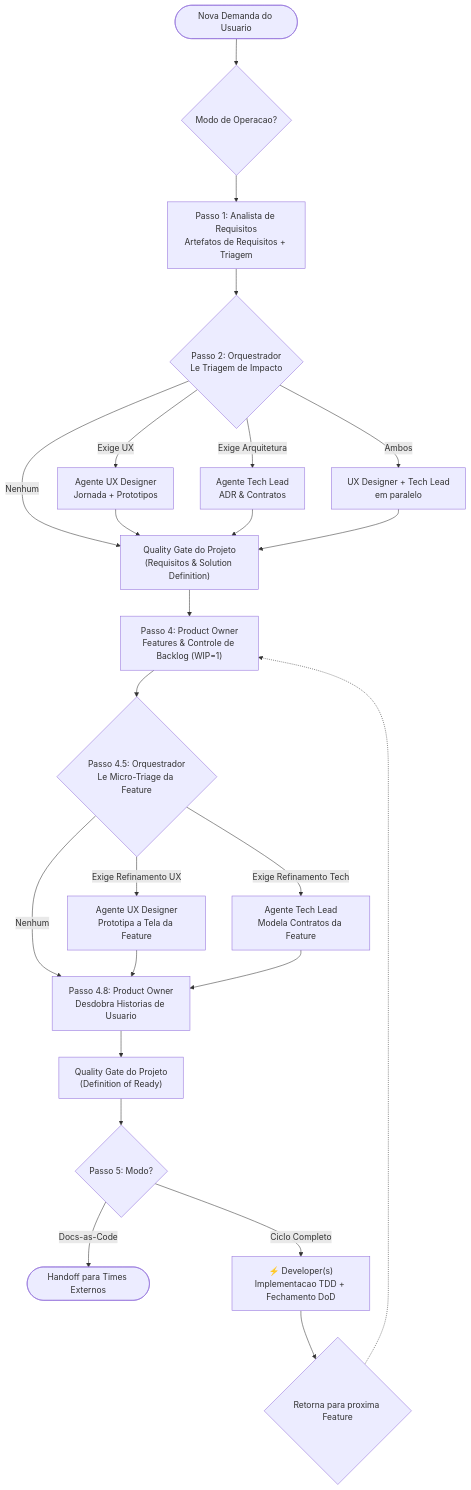
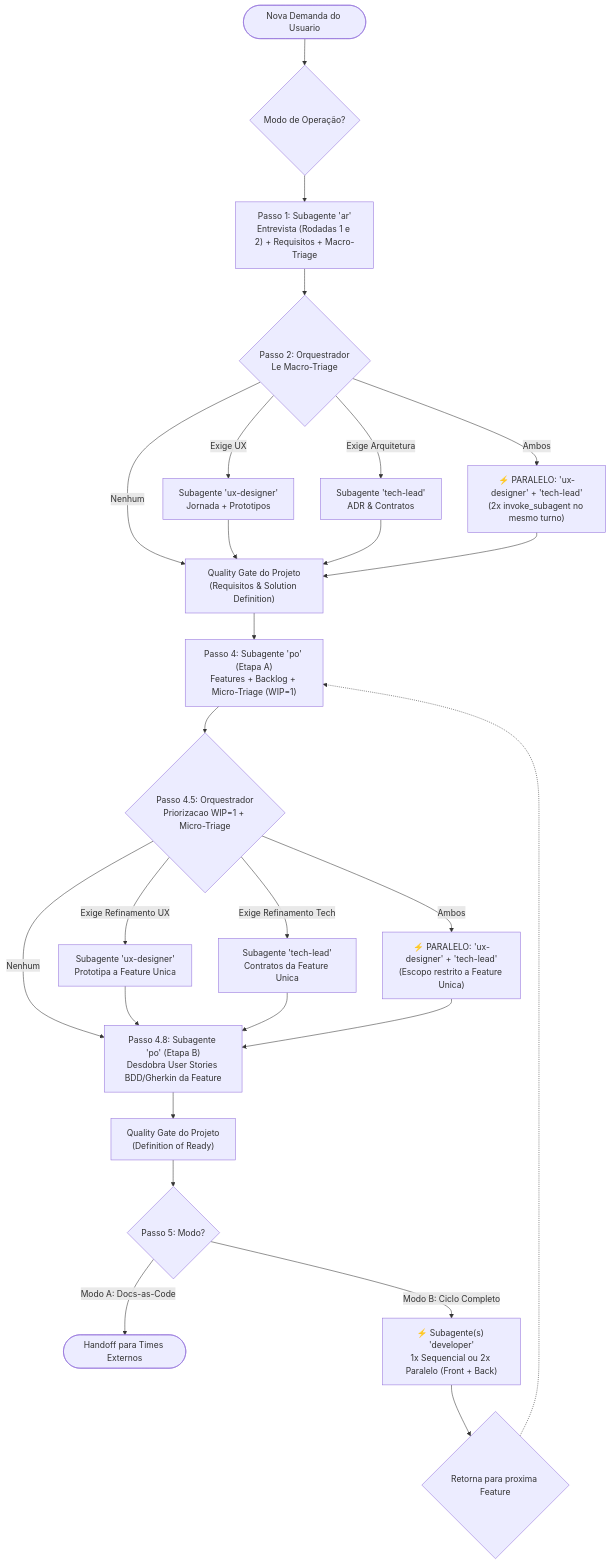
The diagram in skills/dev-team/SKILL.md (renatorlemos-gif/dev-team), drawn with Mermaid before and after one commit. The commit also changed other lines of this file and 9 other files, not shown here.

Commit message:
feat: dev-team 2.0.0 hybrid architecture (skills + custom agents)

````diff
--- a/skills/dev-team/SKILL.md
+++ b/skills/dev-team/SKILL.md
@@ -64,38 +65,40 @@
 ```mermaid
 graph TD
-    Demanda([Nova Demanda do Usuario]) --> MODO{Modo de Operacao?}
+    Demanda([Nova Demanda do Usuario]) --> MODO{Modo de Operação?}
 
-    MODO --> AR["Passo 1: Analista de Requisitos<br/>Artefatos de Requisitos + Triagem"]
+    MODO --> AR["Passo 1: Subagente 'ar'<br/>Entrevista (Rodadas 1 e 2) + Requisitos + Macro-Triage"]
 
-    AR --> Triage{"Passo 2: Orquestrador<br/>Le Triagem de Impacto"}
+    AR --> Triage{"Passo 2: Orquestrador<br/>Le Macro-Triage"}
 
-    Triage -->|"Exige UX"| UX["Agente UX Designer<br/>Jornada + Prototipos"]
-    Triage -->|"Exige Arquitetura"| ARCH["Agente Tech Lead<br/>ADR & Contratos"]
-    Triage -->|"Ambos"| BOTH["UX Designer + Tech Lead<br/>em paralelo"]
+    Triage -->|"Exige UX"| UX["Subagente 'ux-designer'<br/>Jornada + Prototipos"]
+    Triage -->|"Exige Arquitetura"| ARCH["Subagente 'tech-lead'<br/>ADR & Contratos"]
+    Triage -->|"Ambos"| BOTH["⚡ PARALELO: 'ux-designer' + 'tech-lead'<br/>(2x invoke_subagent no mesmo turno)"]
     Triage -->|"Nenhum"| APPROVE["Quality Gate do Projeto<br/>(Requisitos & Solution Definition)"]
 
     UX --> APPROVE
     ARCH --> APPROVE
     BOTH --> APPROVE
 
-    APPROVE --> PO_FEAT["Passo 4: Product Owner<br/>Features & Controle de Backlog (WIP=1)"]
+    APPROVE --> PO_FEAT["Passo 4: Subagente 'po' (Etapa A)<br/>Features + Backlog + Micro-Triage (WIP=1)"]
 
-    PO_FEAT --> MicroTriage{"Passo 4.5: Orquestrador<br/>Le Micro-Triage da Feature"}
-    
-    MicroTriage -->|"Exige Refinamento UX"| UX_Feat["Agente UX Designer<br/>Prototipa a Tela da Feature"]
-    MicroTriage -->|"Exige Refinamento Tech"| ARCH_Feat["Agente Tech Lead<br/>Modela Contratos da Feature"]
-    MicroTriage -->|"Nenhum"| PO_US["Passo 4.8: Product Owner<br/>Desdobra Historias de Usuario"]
-    
+    PO_FEAT --> MicroTriage{"Passo 4.5: Orquestrador<br/>Priorizacao WIP=1 + Micro-Triage"}
+
+    MicroTriage -->|"Exige Refinamento UX"| UX_Feat["Subagente 'ux-designer'<br/>Prototipa a Feature Unica"]
+    MicroTriage -->|"Exige Refinamento Tech"| ARCH_Feat["Subagente 'tech-lead'<br/>Contratos da Feature Unica"]
+    MicroTriage -->|"Ambos"| BOTH_Feat["⚡ PARALELO: 'ux-designer' + 'tech-lead'<br/>(Escopo restrito a Feature Unica)"]
+    MicroTriage -->|"Nenhum"| PO_US["Passo 4.8: Subagente 'po' (Etapa B)<br/>Desdobra User Stories BDD/Gherkin da Feature"]
+
     UX_Feat --> PO_US
     ARCH_Feat --> PO_US
+    BOTH_Feat --> PO_US
 
     PO_US --> READY["Quality Gate do Projeto<br/>(Definition of Ready)"]
 
     READY --> DEV{"Passo 5: Modo?"}
 
-    DEV -->|"Docs-as-Code"| HANDOFF([Handoff para Times Externos])
-    DEV -->|"Ciclo Completo"| DEVELOPER["⚡ Developer(s)<br/>Implementacao TDD + Fechamento DoD"]
-    
+    DEV -->|"Modo A: Docs-as-Code"| HANDOFF([Handoff para Times Externos])
+    DEV -->|"Modo B: Ciclo Completo"| DEVELOPER["⚡ Subagente(s) 'developer'<br/>1x Sequencial ou 2x Paralelo (Front + Back)"]
+
     DEVELOPER --> LOOP_FEATURE{"Retorna para proxima Feature"}
     LOOP_FEATURE -.-> PO_FEAT
 ```
````
